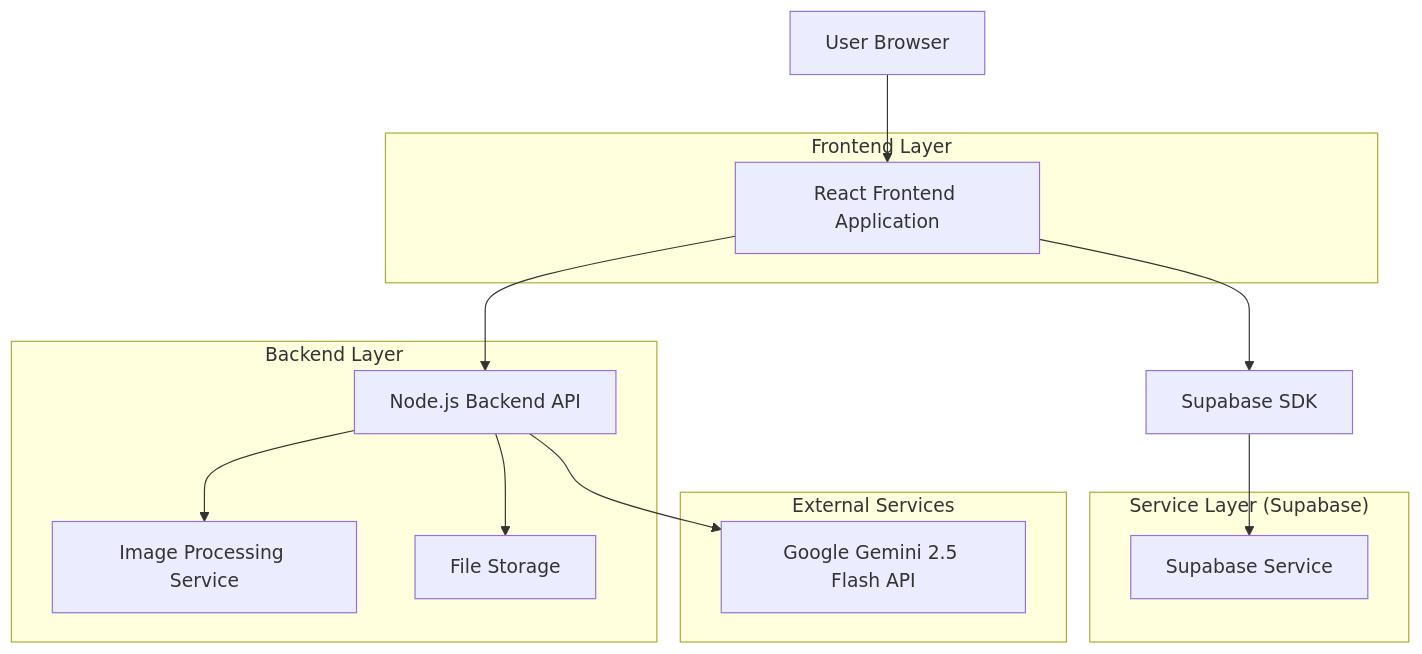
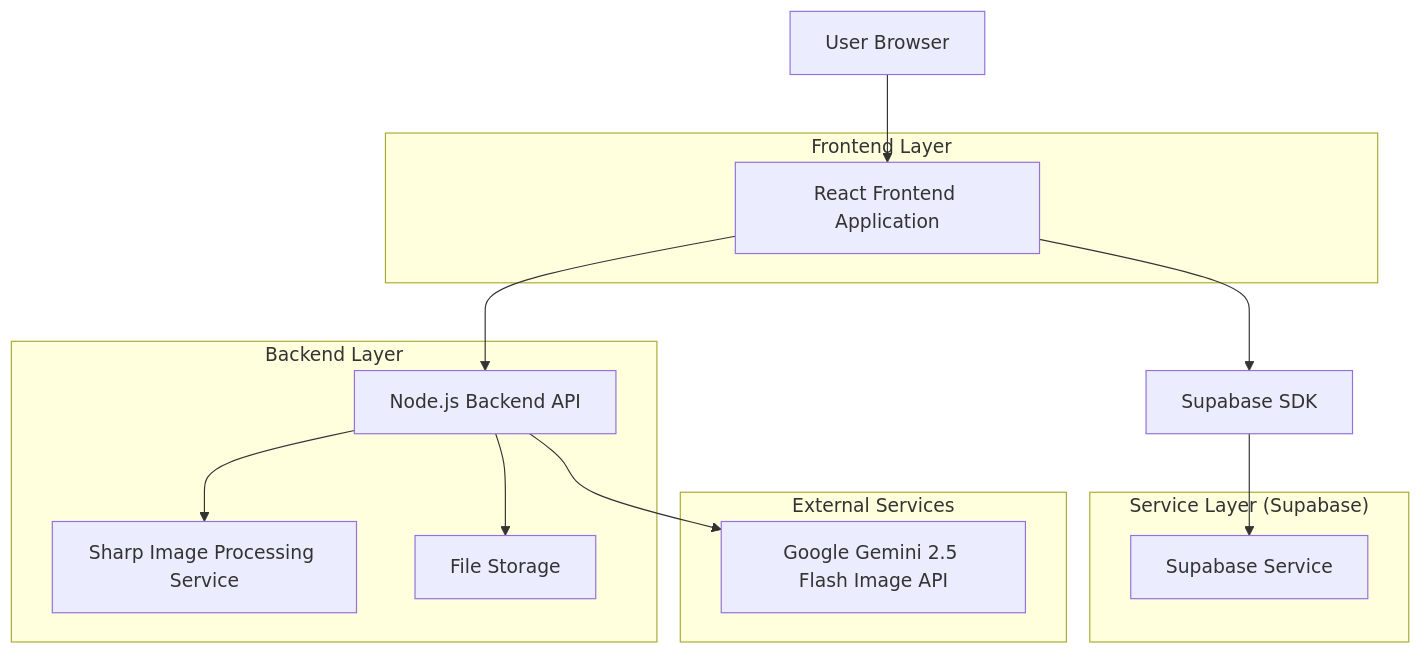
The first of 4 diagrams in .trae/documents/technical_architecture.md (ambershen/trae-solo-nano-banana-demo), drawn with Mermaid before and after one commit. The commit also changed other lines of this file and 33 other files, not shown here.

First line of the commit message:
feat(editor): implement new AI image effects and streamline editor flow

````diff
--- a/.trae/documents/technical_architecture.md
+++ b/.trae/documents/technical_architecture.md
@@ -5,28 +5,28 @@
 ```mermaid
 graph TD
   A[User Browser] --> B[React Frontend Application]
   B --> C[Supabase SDK]
   B --> D[Node.js Backend API]
   C --> E[Supabase Service]
-  D --> F[Google Gemini 2.5 Flash API]
-  D --> G[Image Processing Service]
+  D --> F[Google Gemini 2.5 Flash Image API]
+  D --> G[Sharp Image Processing Service]
   D --> H[File Storage]
 
   subgraph "Frontend Layer"
     B
   end
 
   subgraph "Backend Layer"
     D
     G
     H
   end
 
   subgraph "Service Layer (Supabase)"
     E
   end
 
   subgraph "External Services"
     F
   end
 ```
````
